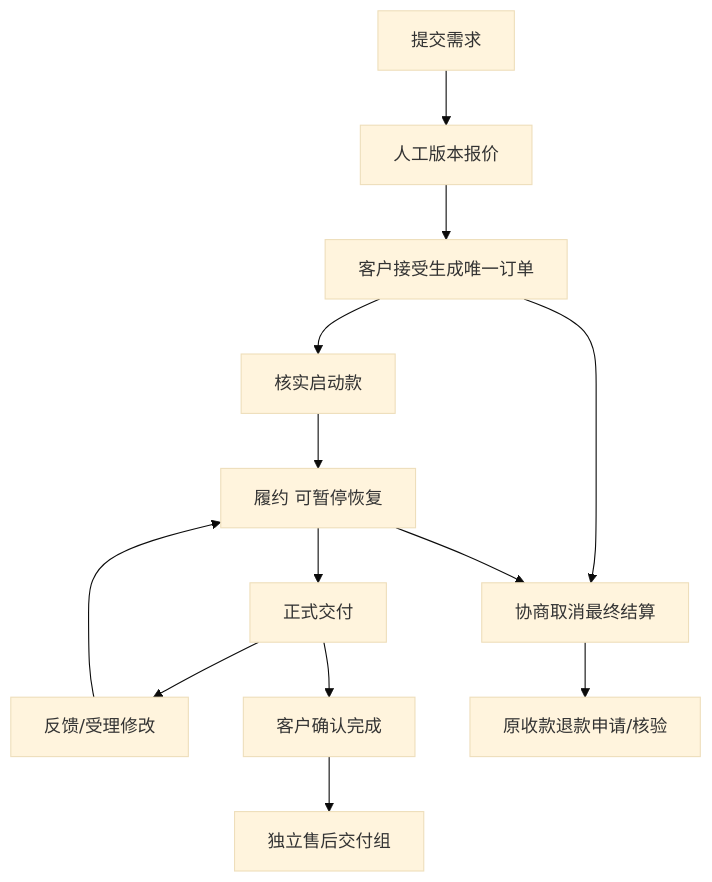
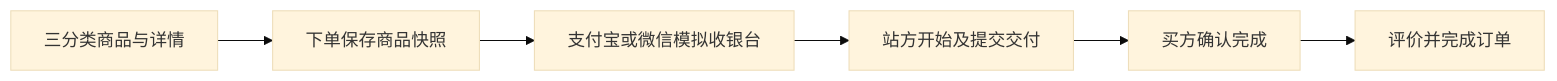
Before and after one commit to JobsKits/AcademicServices: the first of 2 diagrams in 代码/README.md, drawn with Mermaid (base theme). The commit also changed other lines of this file and 157 other files, not shown here.

````diff
--- a/代码/README.md
+++ b/代码/README.md
@@ -100,15 +102,8 @@
 ```mermaid
-flowchart TD
-    R[提交需求] --> Q[人工版本报价]
-    Q --> C[客户接受生成唯一订单]
-    C --> P[核实启动款]
-    P --> W[履约 可暂停恢复]
-    W --> D[正式交付]
-    D --> V[反馈/受理修改]
-    V --> W
-    D --> X[客户确认完成]
-    X --> A[独立售后交付组]
-    C --> K[协商取消最终结算]
-    W --> K
-    K --> RF[原收款退款申请/核验]
+flowchart LR
+    P[三分类商品与详情] --> O[下单保存商品快照]
+    O --> C[支付宝或微信模拟收银台]
+    C --> S[站方开始及提交交付]
+    S --> A[买方确认完成]
+    A --> R[评价并完成订单]
 ```
````
